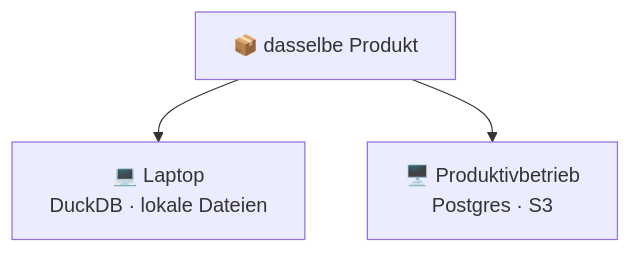
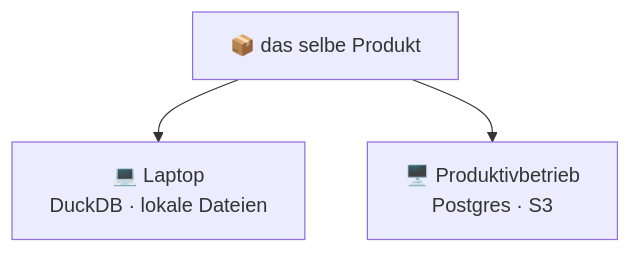
The second of 5 diagrams in i18n/de/docusaurus-plugin-content-docs/current/core-concepts/architecture.mdx (coasti-org/coasti_documentation), drawn with Mermaid before and after one commit. The commit also changed 6 other files, not shown here.

````diff
--- a/i18n/de/docusaurus-plugin-content-docs/current/core-concepts/architecture.mdx
+++ b/i18n/de/docusaurus-plugin-content-docs/current/core-concepts/architecture.mdx
@@ -54,6 +54,6 @@
 ```mermaid
 flowchart TB
-    PROD["📦 dasselbe Produkt"]
+    PROD["📦 das selbe Produkt"]
     PROD --> L["💻 Laptop<br/>DuckDB · lokale Dateien"]
     PROD --> S["🖥️ Produktivbetrieb<br/>Postgres · S3"]
 ```
````
